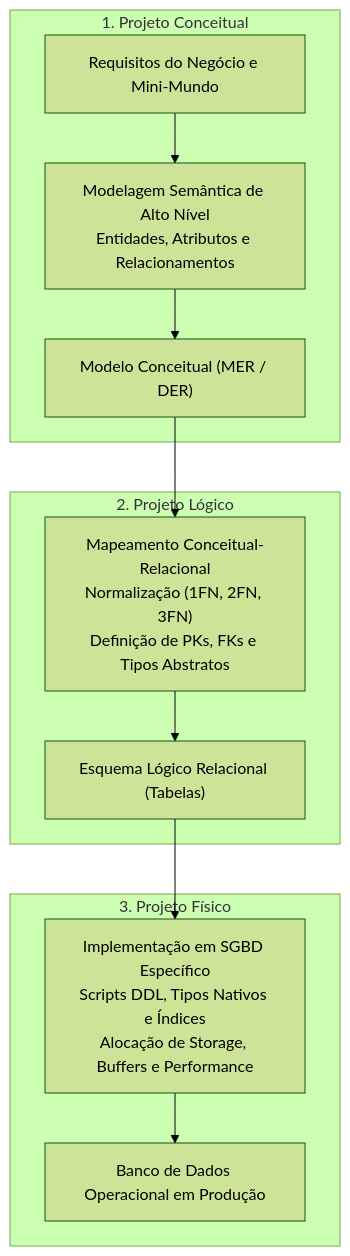
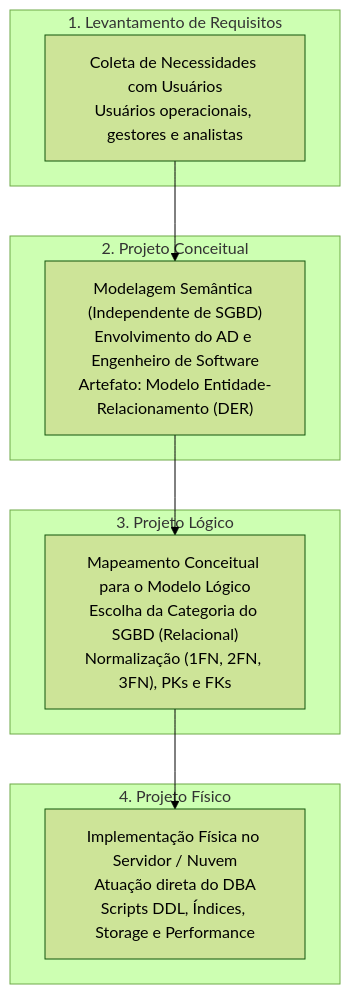
One commit to leorruas/puc changed the fifth of 5 diagrams in 02. Modelagem de Dados/04. Níveis do sgbd e etapas do projeto de banco de dados.md. Above: the diagram before and after it, drawn with Mermaid (forest theme). The commit also changed other lines of this file and 1 other file, not shown here.

Commit message:
feat(modelagem-dados): integrate user lecture notes on DBMS levels, data independence examples and requirements stage into article 04

````diff
--- a/02. Modelagem de Dados/04. Níveis do sgbd e etapas do projeto de banco de dados.md
+++ b/02. Modelagem de Dados/04. Níveis do sgbd e etapas do projeto de banco de dados.md
@@ -165,21 +173,22 @@
 ```mermaid
 flowchart TD
-    subgraph SubgraphEtapa1["1. Projeto Conceitual"]
-        E1_In["Requisitos do Negócio e Mini-Mundo"]
-        E1_Proc["Modelagem Semântica de Alto Nível<br>Entidades, Atributos e Relacionamentos"]
-        E1_Out["Modelo Conceitual (MER / DER)"]
-        E1_In --> E1_Proc --> E1_Out
+    subgraph SubgraphRequisitos["1. Levantamento de Requisitos"]
+        R1["Coleta de Necessidades com Usuários<br>Usuários operacionais, gestores e analistas"]
     end
 
-    subgraph SubgraphEtapa2["2. Projeto Lógico"]
-        E2_Proc["Mapeamento Conceitual-Relacional<br>Normalização (1FN, 2FN, 3FN)<br>Definição de PKs, FKs e Tipos Abstratos"]
-        E2_Out["Esquema Lógico Relacional (Tabelas)"]
-        E1_Out --> E2_Proc --> E2_Out
+    subgraph SubgraphConceitual["2. Projeto Conceitual"]
+        C1["Modelagem Semântica (Independente de SGBD)<br>Envolvimento do AD e Engenheiro de Software<br>Artefato: Modelo Entidade-Relacionamento (DER)"]
     end
 
-    subgraph SubgraphEtapa3["3. Projeto Físico"]
-        E3_Proc["Implementação em SGBD Específico<br>Scripts DDL, Tipos Nativos e Índices<br>Alocação de Storage, Buffers e Performance"]
-        E3_Out["Banco de Dados Operacional em Produção"]
-        E2_Out --> E3_Proc --> E3_Out
+    subgraph SubgraphLogico["3. Projeto Lógico"]
+        L1["Mapeamento Conceitual para o Modelo Lógico<br>Escolha da Categoria do SGBD (Relacional)<br>Normalização (1FN, 2FN, 3FN), PKs e FKs"]
     end
+
+    subgraph SubgraphFisico["4. Projeto Físico"]
+        F1["Implementação Física no Servidor / Nuvem<br>Atuação direta do DBA<br>Scripts DDL, Índices, Storage e Performance"]
+    end
+
+    R1 --> C1
+    C1 --> L1
+    L1 --> F1
 ```
````
